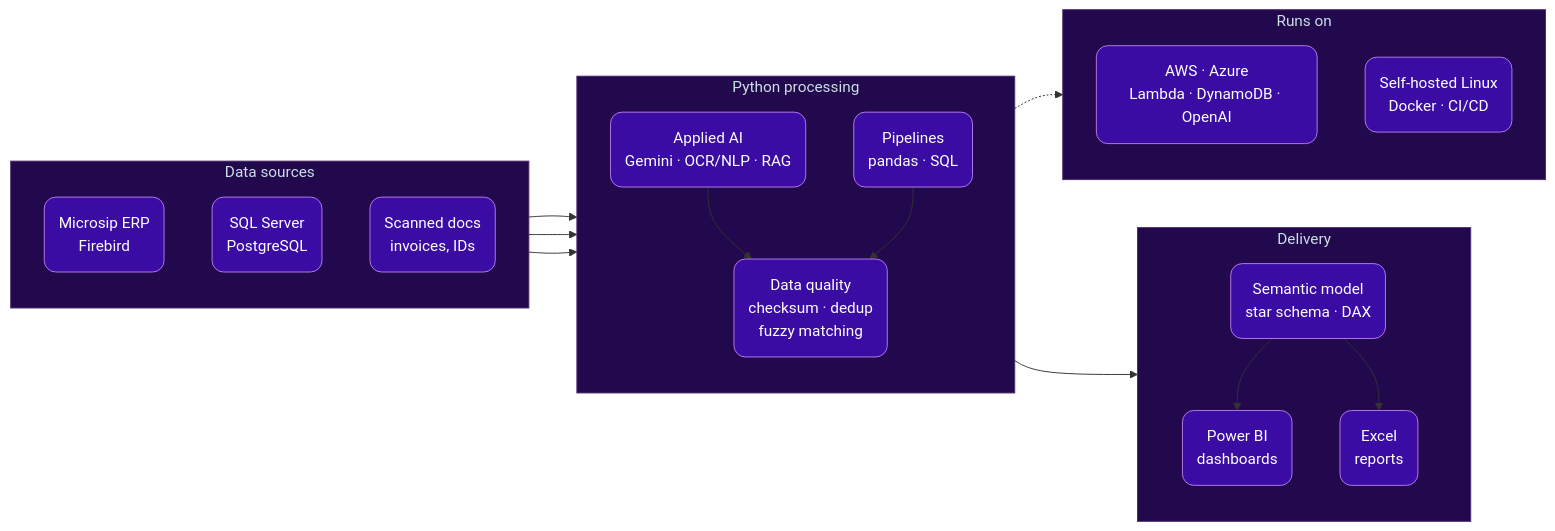
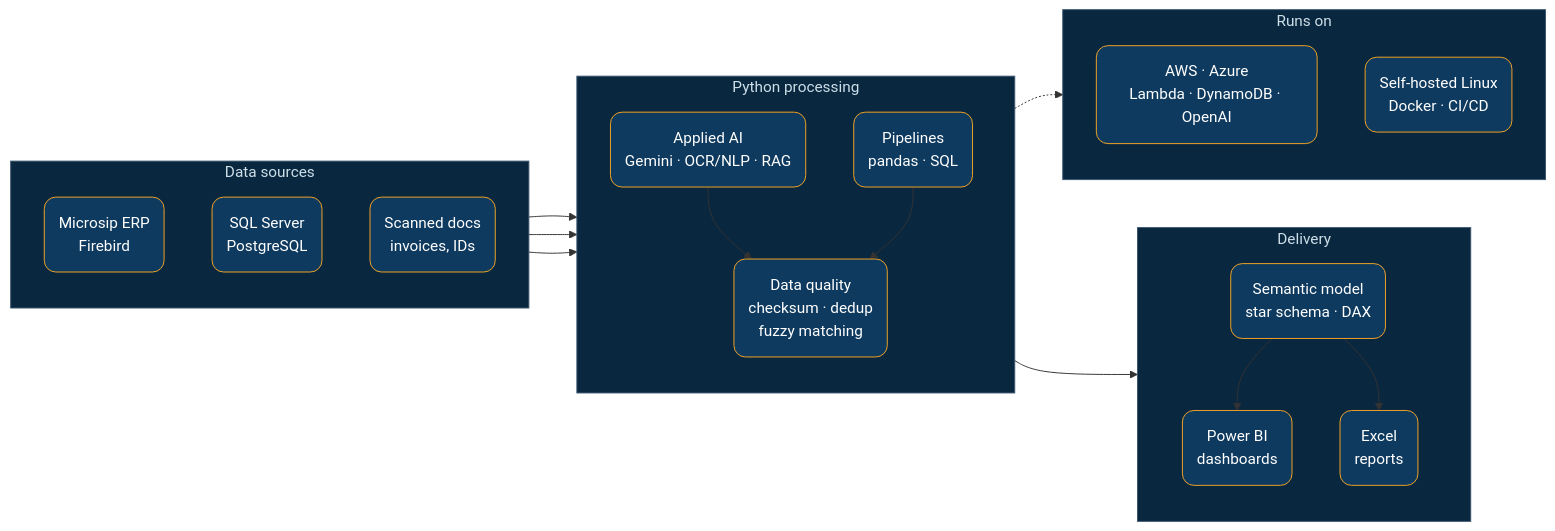
One commit to frnc-crrd/frnc-crrd changed the diagram in README.md. Above: the diagram before and after it, drawn with Mermaid. The commit also changed other lines of this file and 16 other files, not shown here.

````diff
--- a/README.md
+++ b/README.md
@@ -27,38 +27,38 @@
 ```mermaid
 flowchart LR
     subgraph SRC["&nbsp;Data sources&nbsp;"]
         direction TB
         ERP("Microsip ERP<br/>Firebird")
         DB("SQL Server<br/>PostgreSQL")
         DOC("Scanned docs<br/>invoices, IDs")
     end
     subgraph PY["&nbsp;Python processing&nbsp;"]
         direction TB
         PIPE("Pipelines<br/>pandas · SQL")
         QA("Data quality<br/>checksum · dedup<br/>fuzzy matching")
         AI("Applied AI<br/>Gemini · OCR/NLP · RAG")
     end
     subgraph OUT["&nbsp;Delivery&nbsp;"]
         direction TB
         MOD("Semantic model<br/>star schema · DAX")
         PBI("Power BI<br/>dashboards")
         XLS("Excel<br/>reports")
     end
     subgraph INFRA["&nbsp;Runs on&nbsp;"]
         CLOUD("AWS · Azure<br/>Lambda · DynamoDB · OpenAI")
         SRV("Self-hosted Linux<br/>Docker · CI/CD")
     end
     ERP --> PIPE
     DB --> PIPE
     DOC --> AI
     AI --> QA
     PIPE --> QA
     QA --> MOD
     MOD --> PBI
     MOD --> XLS
     PY -.-> INFRA
-    classDef box fill:#3A0CA3,stroke:#B57BED,stroke-width:1px,color:#ffffff,rx:12,ry:12;
+    classDef box fill:#0F3A5F,stroke:#F5A623,stroke-width:1px,color:#ffffff,rx:12,ry:12;
     class ERP,DB,DOC,PIPE,QA,AI,MOD,PBI,XLS,CLOUD,SRV box;
-    classDef grp fill:#22084d,stroke:#4a2e6e,color:#cddfe7;
+    classDef grp fill:#0a2740,stroke:#3a556e,color:#cddfe7;
     class SRC,PY,OUT,INFRA grp;
 ```
````
